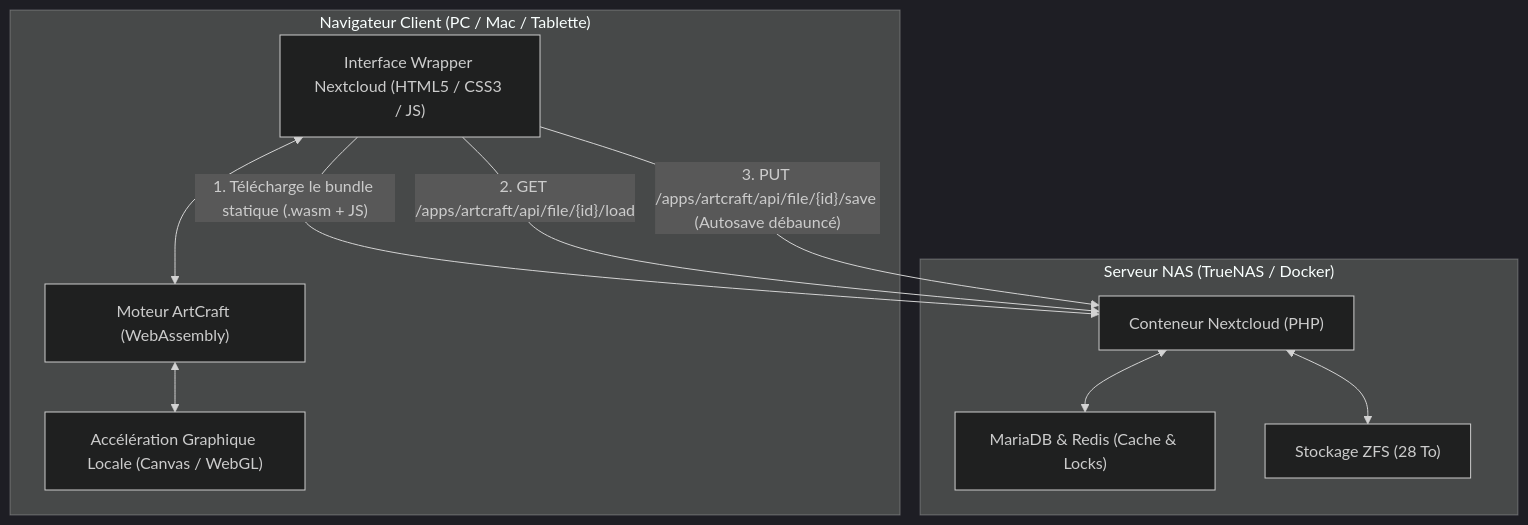
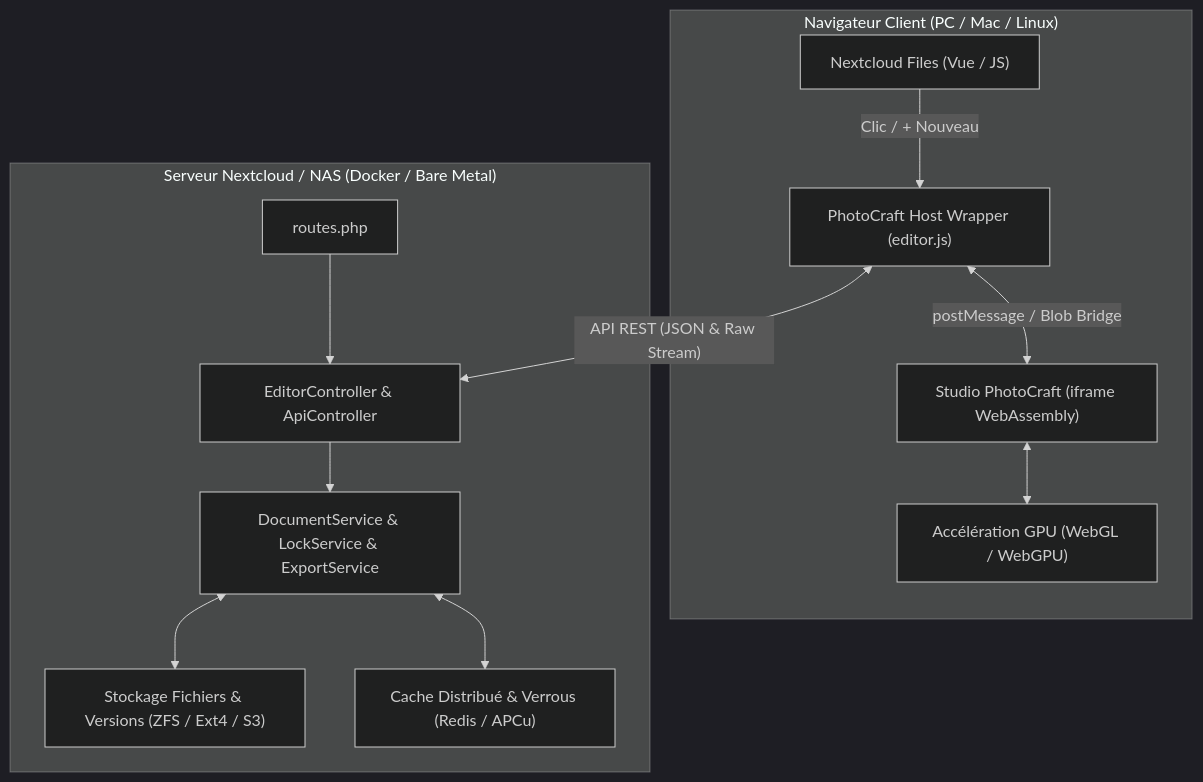
The diagram in README.md (nelfazut/nextcraft), drawn with Mermaid (dark theme) before and after one commit. The commit also changed other lines of this file, not shown here.

Commit message:
docs: enrich README with comprehensive installation guide, architecture and shortcuts

````diff
--- a/README.md
+++ b/README.md
@@ -9,22 +44,28 @@
 ```mermaid
 flowchart TD
-    subgraph Client ["Navigateur Client (PC / Mac / Tablette)"]
-        UI["Interface Wrapper Nextcloud (HTML5 / CSS3 / JS)"]
-        WASM["Moteur ArtCraft (WebAssembly)"]
-        GPU["Accélération Graphique Locale (Canvas / WebGL)"]
-        UI <--> WASM
-        WASM <--> GPU
+    subgraph Client ["Navigateur Client (PC / Mac / Linux)"]
+        FilesUI["Nextcloud Files (Vue / JS)"]
+        EditorWrapper["PhotoCraft Host Wrapper (editor.js)"]
+        WasmFrame["Studio PhotoCraft (iframe WebAssembly)"]
+        GPU["Accélération GPU (WebGL / WebGPU)"]
+
+        FilesUI -->|"Clic / + Nouveau"| EditorWrapper
+        EditorWrapper <-->|"postMessage / Blob Bridge"| WasmFrame
+        WasmFrame <--> GPU
     end
 
-    subgraph NAS ["Serveur NAS (TrueNAS / Docker)"]
-        NC["Conteneur Nextcloud (PHP)"]
-        DB["MariaDB & Redis (Cache & Locks)"]
-        STORE["Stockage ZFS (28 To)"]
-        NC <--> DB
-        NC <--> STORE
+    subgraph Server ["Serveur Nextcloud / NAS (Docker / Bare Metal)"]
+        Router["routes.php"]
+        Controllers["EditorController & ApiController"]
+        Services["DocumentService & LockService & ExportService"]
+        Storage["Stockage Fichiers & Versions (ZFS / Ext4 / S3)"]
+        Cache["Cache Distribué & Verrous (Redis / APCu)"]
+
+        Router --> Controllers
+        Controllers --> Services
+        Services <--> Storage
+        Services <--> Cache
     end
 
-    UI -- "1. Télécharge le bundle statique (.wasm + JS)" --> NC
-    UI -- "2. GET /apps/artcraft/api/file/{id}/load" --> NC
-    UI -- "3. PUT /apps/artcraft/api/file/{id}/save (Autosave débauncé)" --> NC
+    EditorWrapper <-->|"API REST (JSON & Raw Stream)"| Controllers
 ```
````
